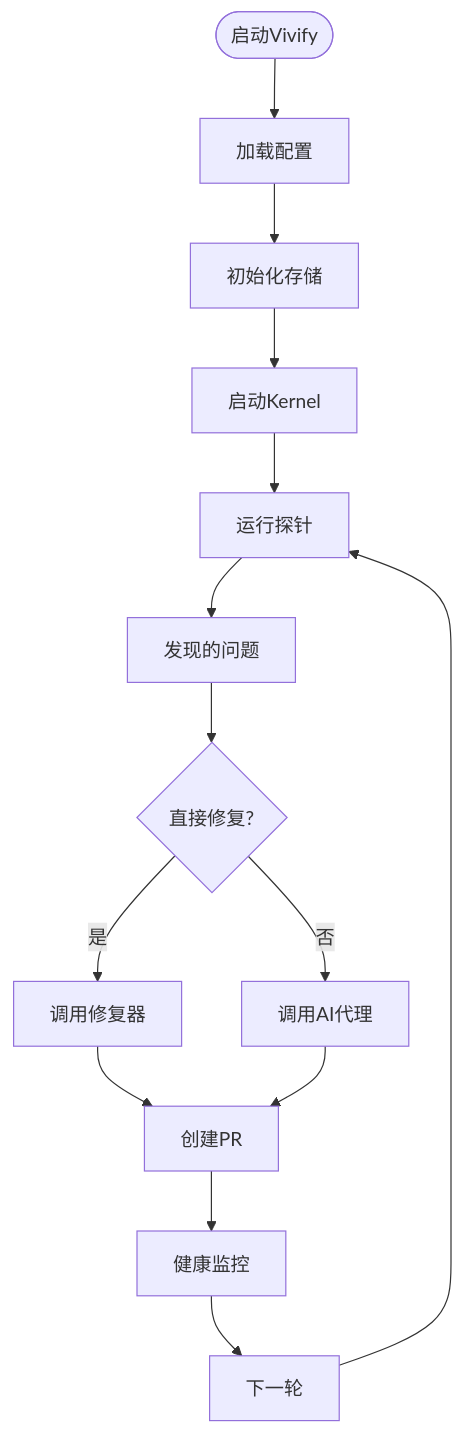
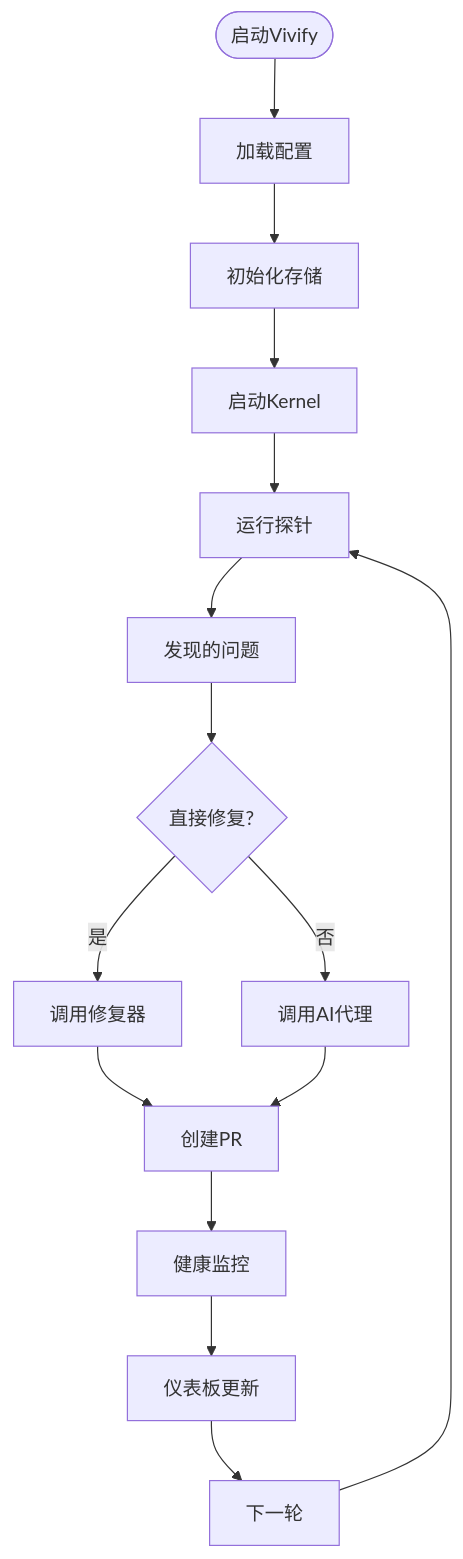
The second of 6 diagrams in .qoder/repowiki/zh/content/技术实现参考/技术实现参考.md (pinsonchen/vivify), drawn with Mermaid before and after one commit. The commit also changed other lines of this file and 5 other files, not shown here.

````diff
--- a/.qoder/repowiki/zh/content/技术实现参考/技术实现参考.md
+++ b/.qoder/repowiki/zh/content/技术实现参考/技术实现参考.md
@@ -86,16 +109,17 @@
 ```mermaid
 flowchart TD
 Start(["启动Vivify"]) --> Config["加载配置"]
 Config --> Storage["初始化存储"]
 Storage --> Kernel["启动Kernel"]
 Kernel --> Probes["运行探针"]
 Probes --> Issues["发现的问题"]
 Issues --> DirectFix{"直接修复?"}
 DirectFix --> |是| Fixer["调用修复器"]
 DirectFix --> |否| Agent["调用AI代理"]
 Fixer --> PR["创建PR"]
 Agent --> PR
 PR --> Monitor["健康监控"]
-Monitor --> Next["下一轮"]
+Monitor --> Dashboard["仪表板更新"]
+Dashboard --> Next["下一轮"]
 Next --> Probes
 ```
````
